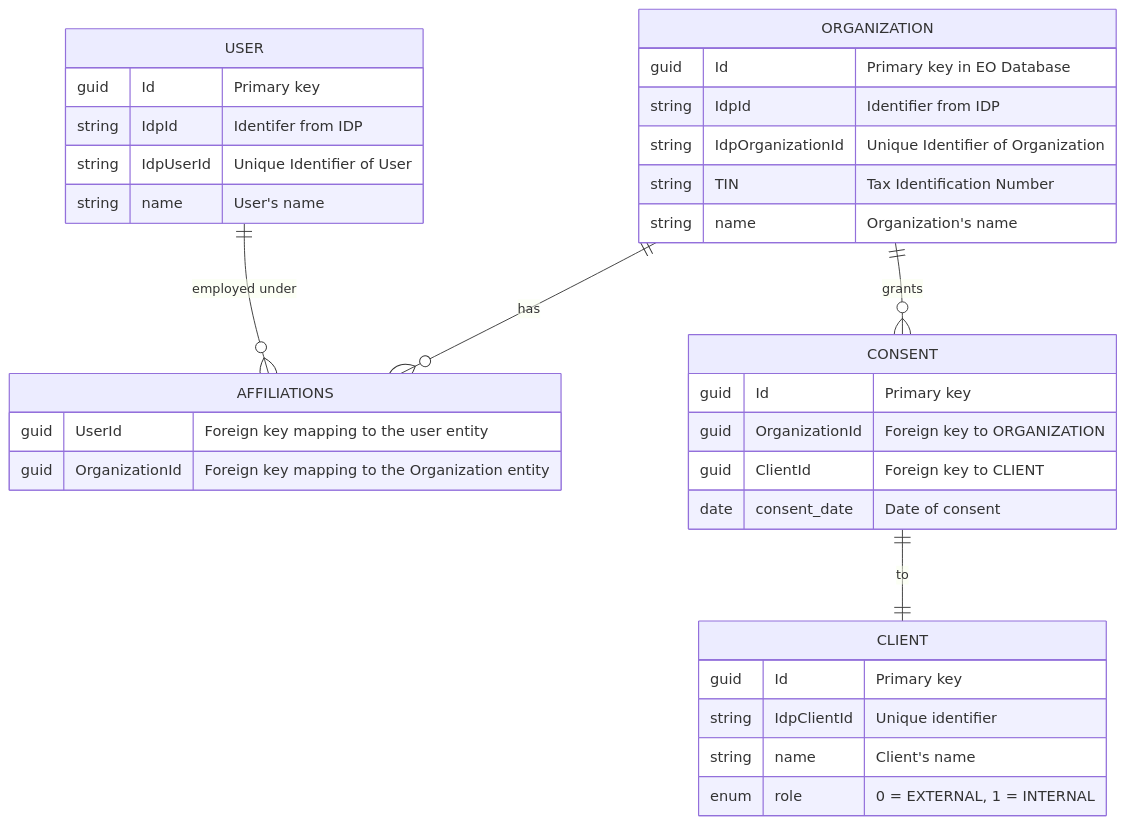
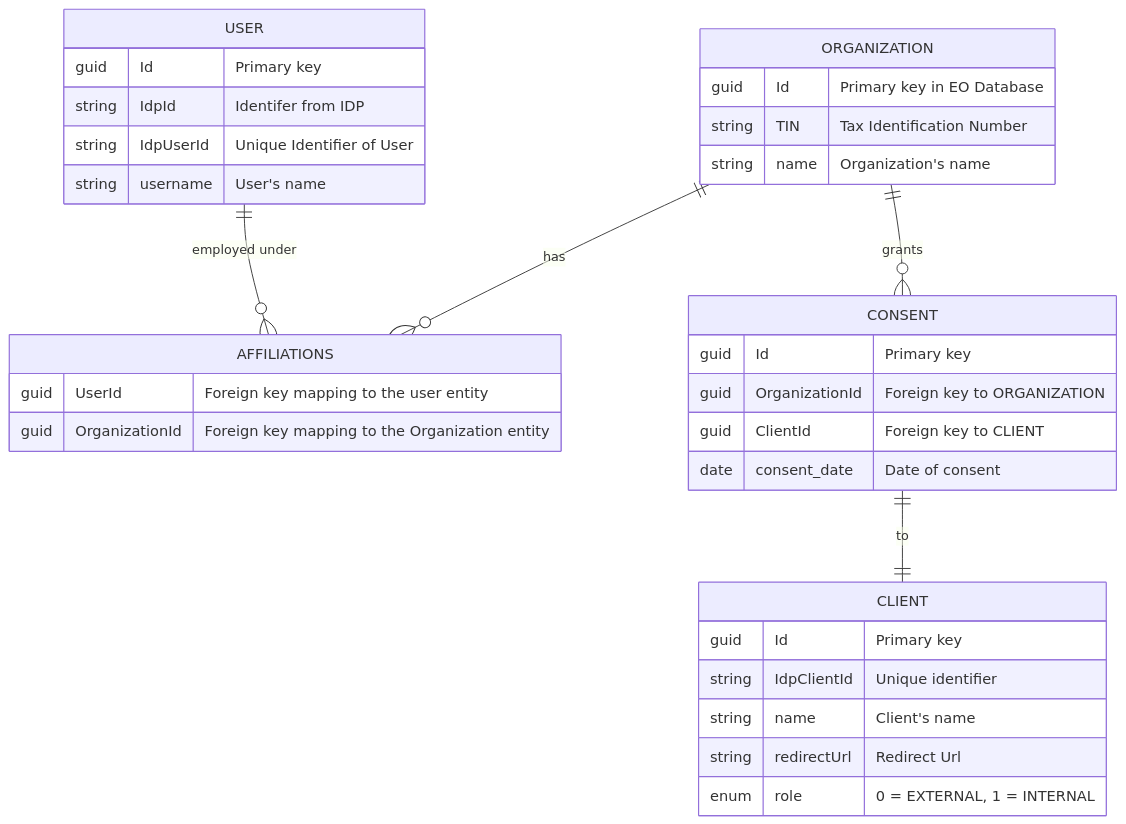
The first of 5 diagrams in domains/authorization/documentation/readme.md (Energinet-DataHub/energy-origin), drawn with Mermaid before and after one commit. The commit also changed 33 other files, not shown here.

````diff
--- a/domains/authorization/documentation/readme.md
+++ b/domains/authorization/documentation/readme.md
@@ -17,42 +17,41 @@
 ```mermaid
 erDiagram
     USER ||--o{ AFFILIATIONS : "employed under"
     ORGANIZATION ||--o{ AFFILIATIONS : "has"
     ORGANIZATION ||--o{ CONSENT : "grants"
     CONSENT ||--|| CLIENT : "to"
 
 
     ORGANIZATION {
         guid Id "Primary key in EO Database"
-        string IdpId "Identifier from IDP"
-        string IdpOrganizationId "Unique Identifier of Organization"
         string TIN "Tax Identification Number"
         string name "Organization's name"
     }
 
     USER {
         guid Id "Primary key"
         string IdpId "Identifer from IDP"
         string IdpUserId "Unique Identifier of User"
-        string name "User's name"
+        string username "User's name"
     }
 
     AFFILIATIONS {
         guid UserId "Foreign key mapping to the user entity"
         guid OrganizationId "Foreign key mapping to the Organization entity"
     }
 
     CLIENT {
         guid Id "Primary key"
         string IdpClientId "Unique identifier"
         string name "Client's name"
+        string redirectUrl "Redirect Url"
         enum role "0 = EXTERNAL, 1 = INTERNAL"
     }
 
     CONSENT {
         guid Id "Primary key"
         guid OrganizationId "Foreign key to ORGANIZATION"
         guid ClientId "Foreign key to CLIENT"
         date consent_date "Date of consent"
     }
 ```
````
